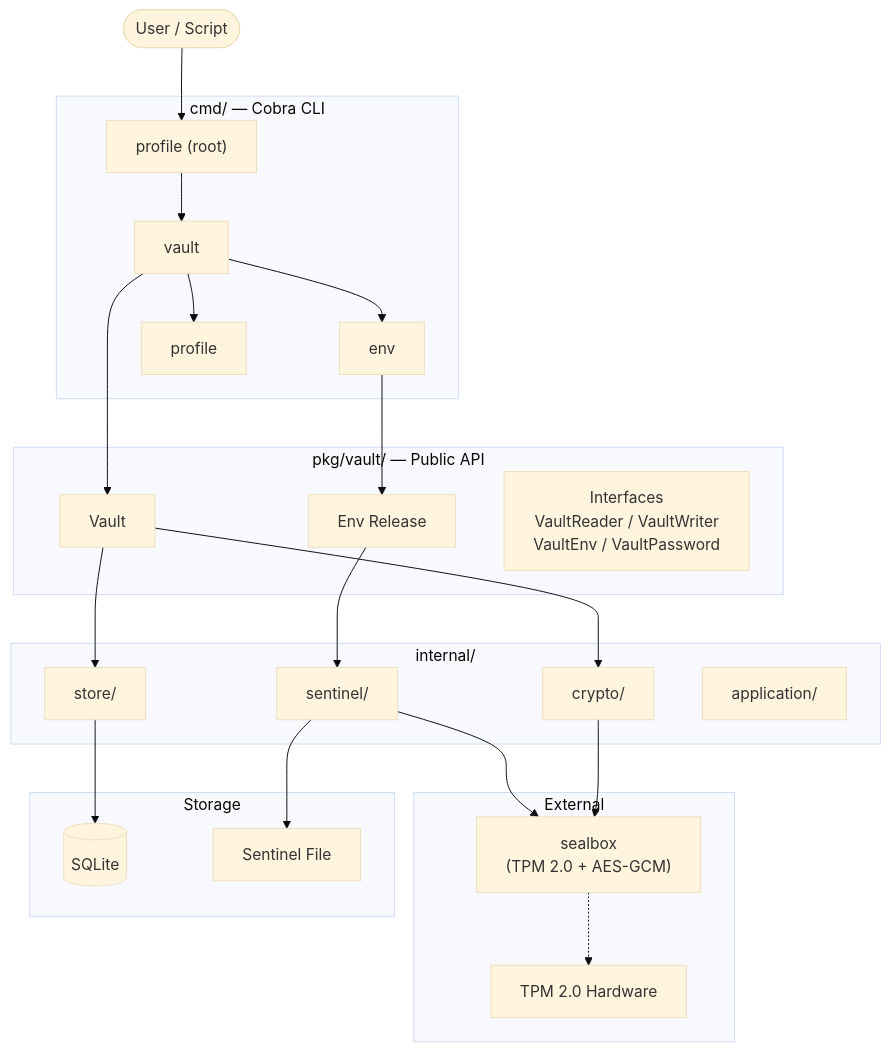
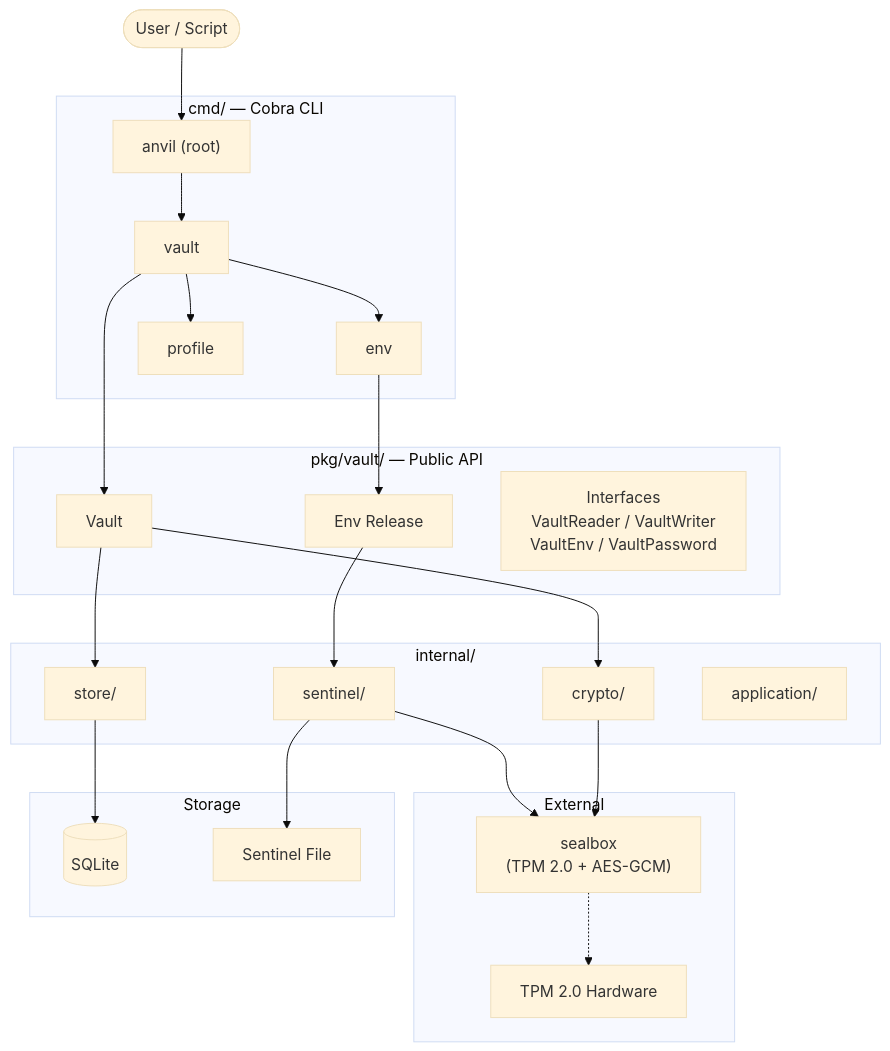
One commit to inovacc/anvil changed the first of 15 diagrams in docs/ARCHITECTURE.md. Above: the diagram before and after it, drawn with Mermaid (base theme). The commit also changed other lines of this file and 29 other files, not shown here.

First line of the commit message:
refactor: rename project from profile to anvil

````diff
--- a/docs/ARCHITECTURE.md
+++ b/docs/ARCHITECTURE.md
@@ -7,49 +7,49 @@
 ```mermaid
 graph TB
     User([User / Script])
 
     subgraph CLI["cmd/ — Cobra CLI"]
-        Root["profile (root)"]
+        Root["anvil (root)"]
         VaultCmd["vault"]
         EnvCmd["env"]
         ProfileCmd["profile"]
     end
 
     subgraph Core["pkg/vault/ — Public API"]
         Vault["Vault"]
         EnvOps["Env Release"]
         Ifaces["Interfaces<br/>VaultReader / VaultWriter<br/>VaultEnv / VaultPassword"]
     end
 
     subgraph Internal["internal/"]
         Crypto["crypto/"]
         Sentinel["sentinel/"]
         Store["store/"]
         App["application/"]
     end
 
     subgraph External["External"]
         Sealbox["sealbox<br/>(TPM 2.0 + AES-GCM)"]
         TPM["TPM 2.0 Hardware"]
     end
 
     subgraph Storage["Storage"]
         DB[(SQLite)]
         FS["Sentinel File"]
     end
 
     User --> Root
     Root --> VaultCmd
     VaultCmd --> EnvCmd
     VaultCmd --> ProfileCmd
     VaultCmd --> Vault
     EnvCmd --> EnvOps
     Vault --> Crypto
     Vault --> Store
     EnvOps --> Sentinel
     Sentinel --> Sealbox
     Crypto --> Sealbox
     Sealbox -.-> TPM
     Store --> DB
     Sentinel --> FS
 ```
````
